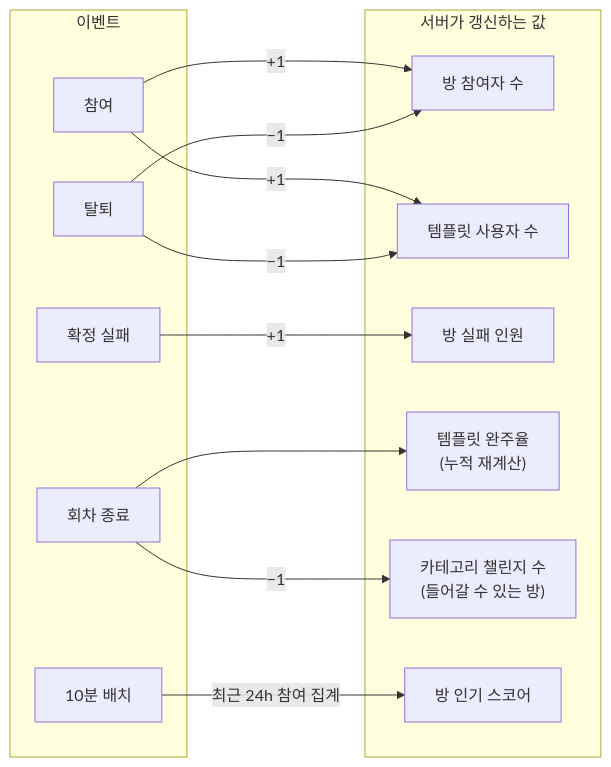
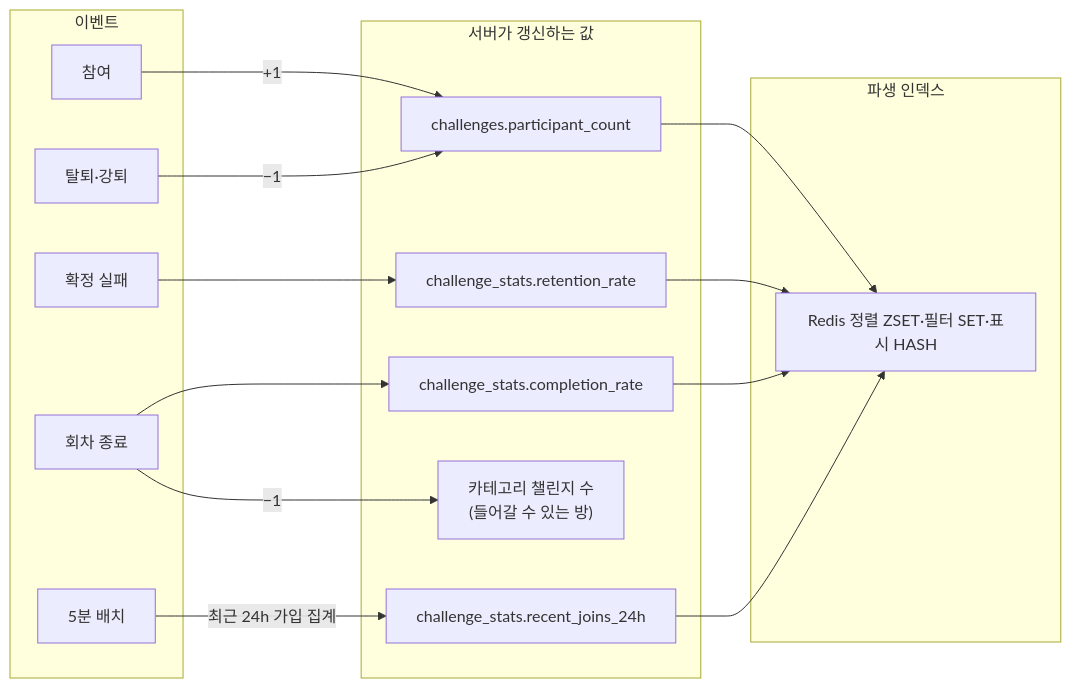
The first of 2 diagrams in docs/search/챌린지탐색 테크스펙.md (RuleUp-ASM/Backend), drawn with Mermaid before and after one commit. The commit also changed other lines of this file and 7 other files, not shown here.

````diff
--- a/docs/search/챌린지탐색 테크스펙.md
+++ b/docs/search/챌린지탐색 테크스펙.md
@@ -208,29 +220,33 @@
 ```mermaid
 flowchart LR
     subgraph EV["이벤트"]
         J["참여"]
-        L["탈퇴"]
+        L["탈퇴·강퇴"]
         F["확정 실패"]
         E["회차 종료"]
-        T["10분 배치"]
+        T["5분 배치"]
     end
 
     subgraph DB["서버가 갱신하는 값"]
-        PC["방 참여자 수"]
-        TU["템플릿 사용자 수"]
-        FC["방 실패 인원"]
-        CR["템플릿 완주율<br/>(누적 재계산)"]
+        PC["challenges.participant_count"]
+        CRate["challenge_stats.completion_rate"]
+        RR["challenge_stats.retention_rate"]
         CC["카테고리 챌린지 수<br/>(들어갈 수 있는 방)"]
-        TS["방 인기 스코어"]
+        RJ["challenge_stats.recent_joins_24h"]
+    end
+
+    subgraph IDX["파생 인덱스"]
+        Z["Redis 정렬 ZSET·필터 SET·표시 HASH"]
     end
 
     J -->|"+1"| PC
-    J -->|"+1"| TU
     L -->|"−1"| PC
-    L -->|"−1"| TU
-    F -->|"+1"| FC
-    E --> CR
+    F --> RR
+    E --> CRate
     E -->|"−1"| CC
-    T -->|"최근 24h 참여 집계"| TS
-
+    T -->|"최근 24h 가입 집계"| RJ
+    PC --> Z
+    CRate --> Z
+    RR --> Z
+    RJ --> Z
 ```
````
